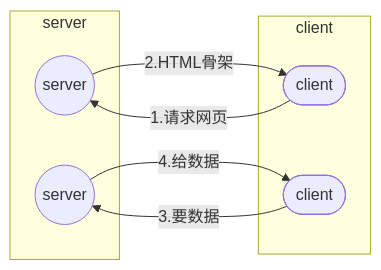
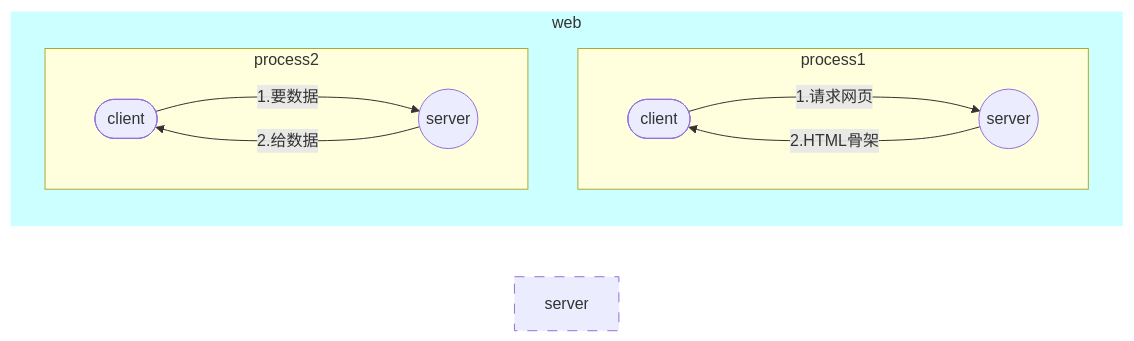
One commit to U-73A5/pyCrawlStudy changed the first of 2 diagrams in 入门.md. Above: the diagram before and after it, drawn with Mermaid. The commit also changed other lines of this file and 3 other files, not shown here.

````diff
--- a/入门.md
+++ b/入门.md
@@ -4,14 +4,18 @@
 ```mermaid
 graph LR
-  subgraph server
-  s1((server)); s2((server))
+style web fill: #CCFFFF, stroke: #FFFFFF
+style server stroke-dasharray: 10
+subgraph web
+  subgraph process1
+  c1([client]); s1((server))
   end
-  subgraph client
-  c1([client]); c2([client])
+  subgraph process2
+  c2([client]); s2((server))
   end
-  c1--1.请求网页-->s1
-  s1--2.HTML骨架-->c1
-  c2--3.要数据-->s2
-  s2--4.给数据-->c2
+  c1--->|1.请求网页|s1
+  s1--->|2.HTML骨架|c1
+  c2--->|1.要数据|s2
+  s2--->|2.给数据|c2
+end
   
 ```
````
